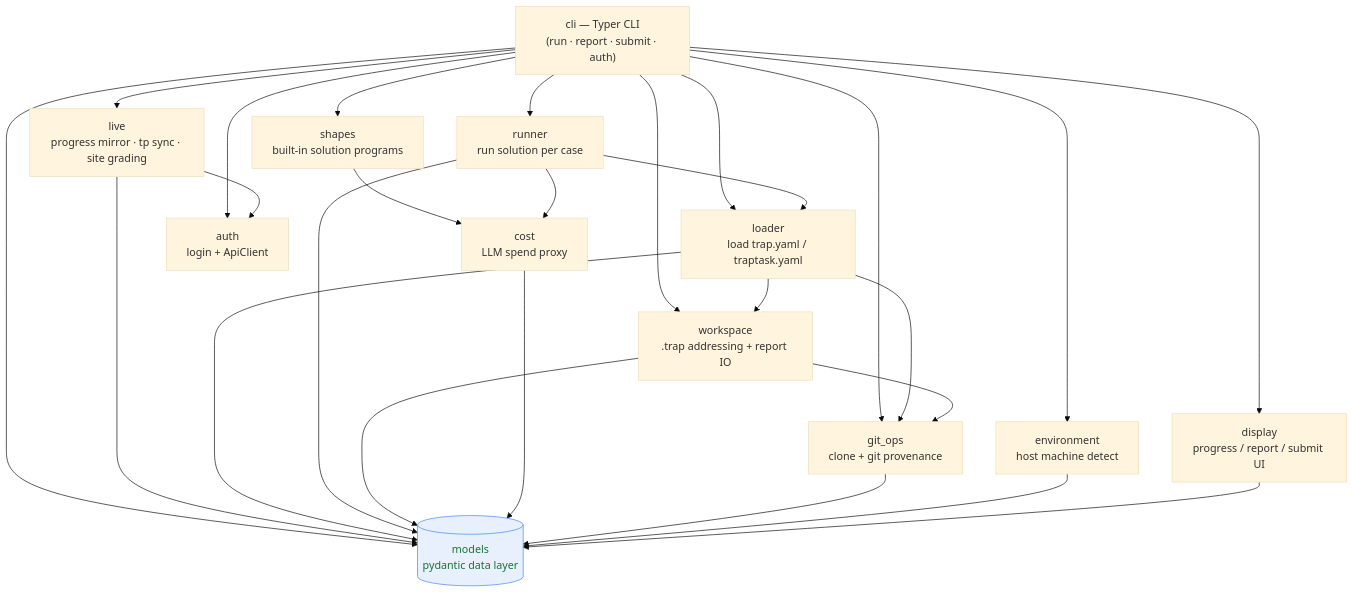
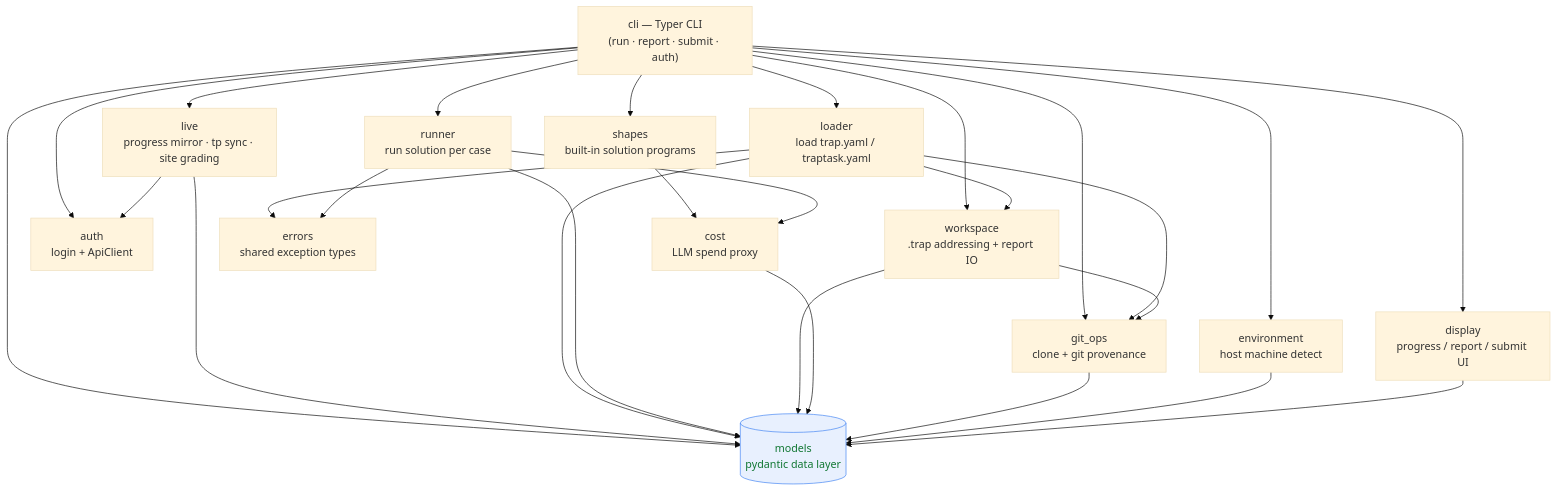
One commit to trapstreet/trap changed the first of 3 diagrams in CODE_MAP.md. Above: the diagram before and after it, drawn with Mermaid (base theme). The commit also changed other lines of this file and 6 other files, not shown here.

````diff
--- a/CODE_MAP.md
+++ b/CODE_MAP.md
@@ -15,44 +16,46 @@
 ```mermaid
 graph TD
     cli["cli — Typer CLI<br/>(run · report · submit · auth)"]
     loader["loader<br/>load trap.yaml / traptask.yaml"]
     runner["runner<br/>run solution per case"]
     cost["cost<br/>LLM spend proxy"]
     shapes["shapes<br/>built-in solution programs"]
     git_ops["git_ops<br/>clone + git provenance"]
     environment["environment<br/>host machine detect"]
     display["display<br/>progress / report / submit UI"]
     auth["auth<br/>login + ApiClient"]
     live["live<br/>progress mirror · tp sync · site grading"]
     workspace["workspace<br/>.trap addressing + report IO"]
     models[("models<br/>pydantic data layer")]
+    errors["errors<br/>shared exception types"]
 
     cli --> loader
     cli --> runner
     cli --> git_ops
     cli --> environment
     cli --> display
     cli --> auth
     cli --> live
     cli --> workspace
     cli --> models
     cli --> shapes
     shapes --> cost
     live --> auth
     live --> models
+    loader --> errors
     loader --> git_ops
     loader --> models
     loader --> workspace
     runner --> cost
-    runner --> loader
+    runner --> errors
     runner --> models
     workspace --> git_ops
     workspace --> models
     cost --> models
     git_ops --> models
     environment --> models
     display --> models
 
     classDef data fill:#e8f0fe,stroke:#4285f4,color:#173;
     class models data;
 ```
````
